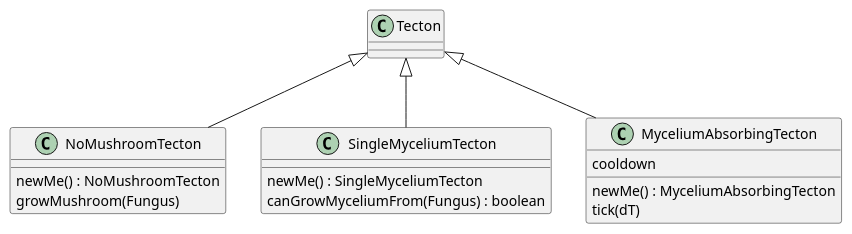
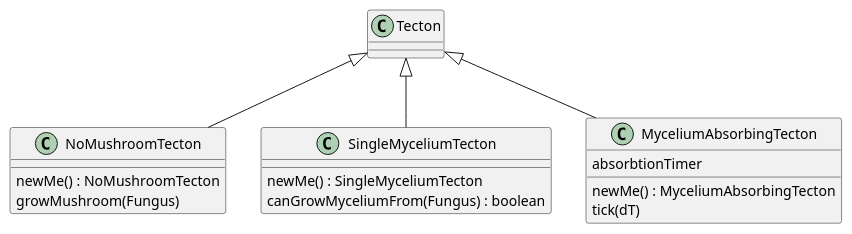
One commit to ZD4ve/projlab-error521 changed the diagram in Tecton/special-tecton-classes.pu. Above: the diagram before and after it, drawn with PlantUML. The commit also changed 12 other files, not shown here.

Commit message:
removed unnecessary refs, added actors to seq diagrams

```diff
--- a/Tecton/special-tecton-classes.pu
+++ b/Tecton/special-tecton-classes.pu
@@ -1,22 +1,22 @@
 @startuml Tecton/special-tecton-classes
 
 class Tecton
 class NoMushroomTecton {
     newMe() : NoMushroomTecton
     growMushroom(Fungus)
 }
 class SingleMyceliumTecton {
     newMe() : SingleMyceliumTecton
     canGrowMyceliumFrom(Fungus) : boolean
 }
 class MyceliumAbsorbingTecton {
-    cooldown
+    absorbtionTimer
     newMe() : MyceliumAbsorbingTecton
     tick(dT)
 }
 
 Tecton <|-- NoMushroomTecton
 Tecton <|-- SingleMyceliumTecton
 Tecton <|-- MyceliumAbsorbingTecton
 
 @enduml
```
